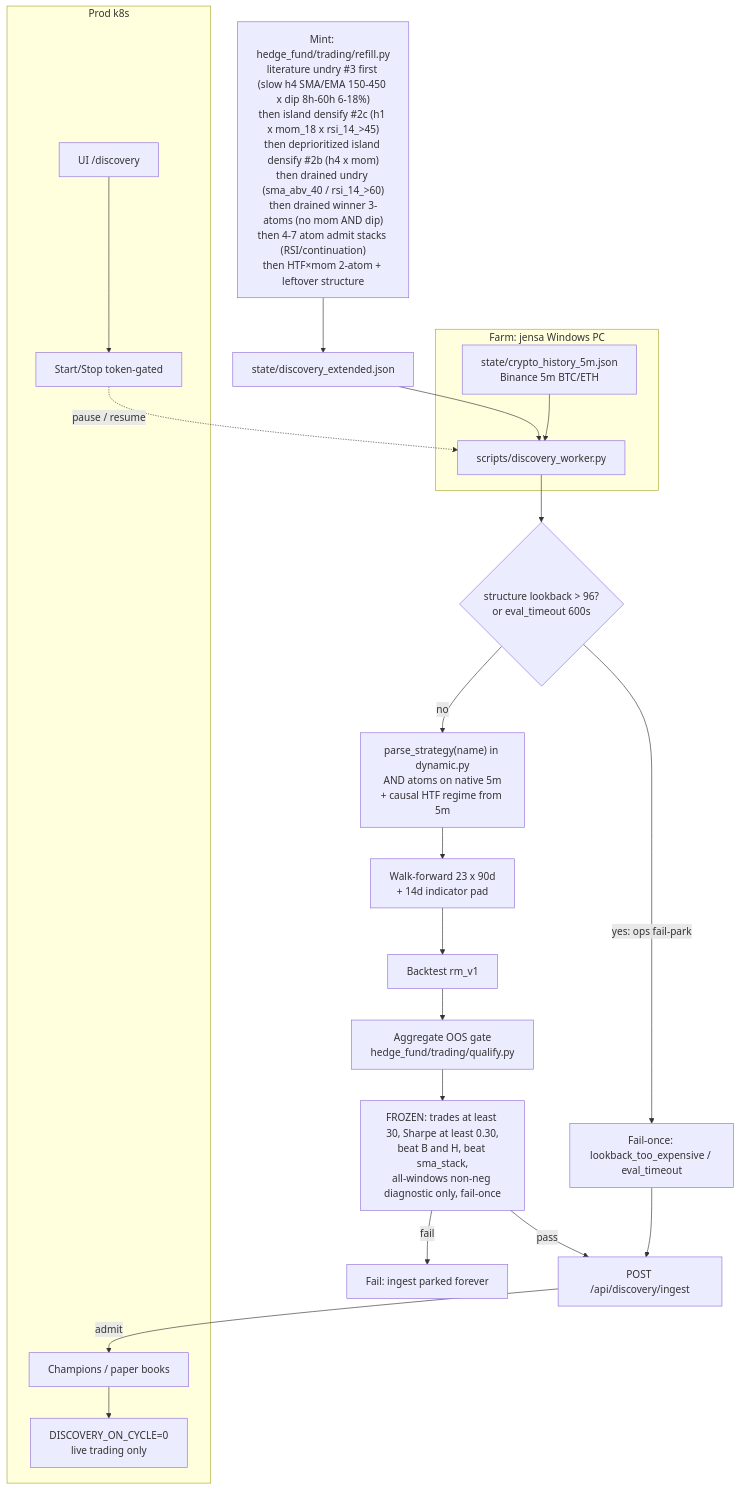
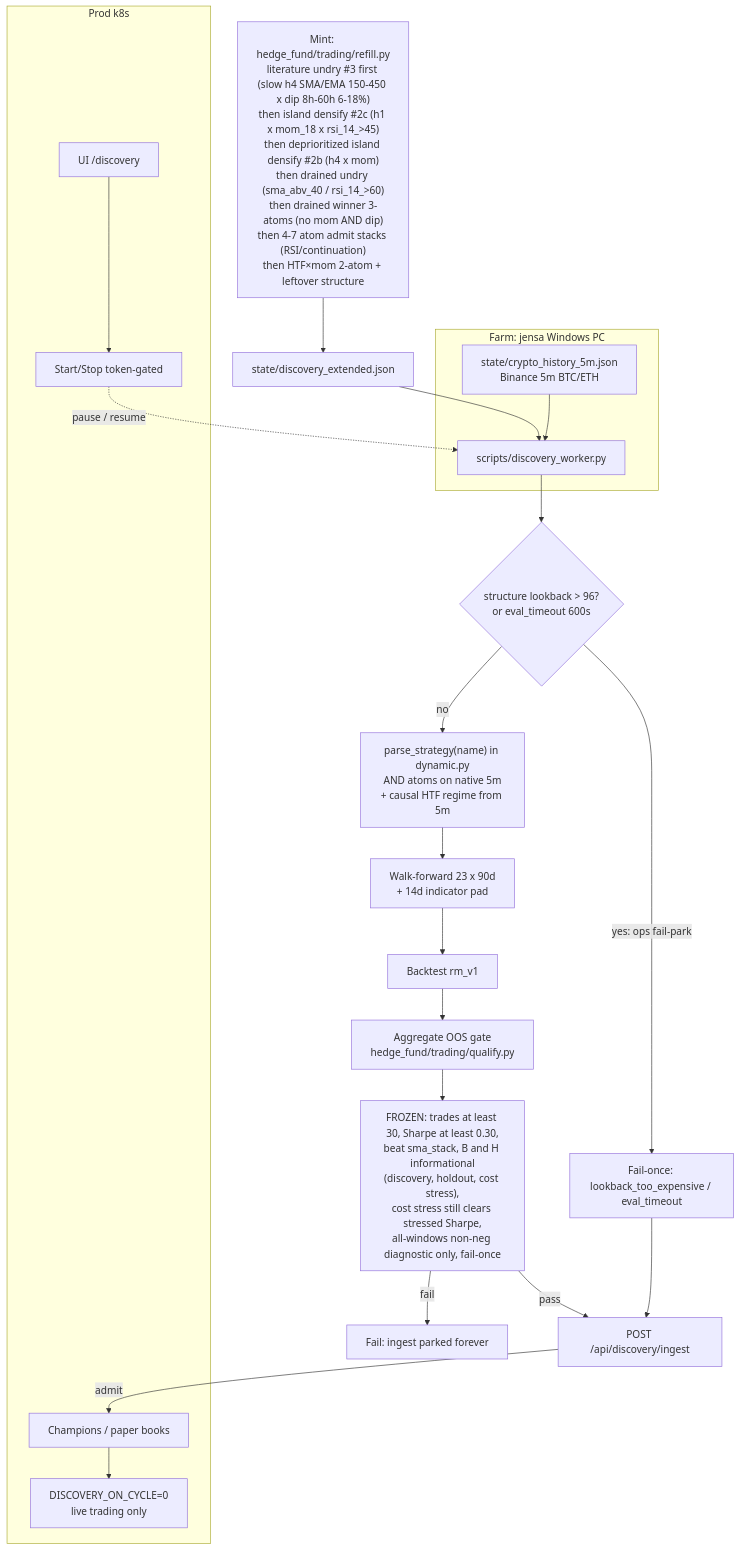
Before and after one commit to Runemark7/paper-trading-bot: the first of 3 diagrams in docs/WORKFLOW.md, drawn with Mermaid. The commit also changed other lines of this file and 34 other files, not shown here.

First line of the commit message:
Gate v5: discovery buy-and-hold is informational (#96)

````diff
--- a/docs/WORKFLOW.md
+++ b/docs/WORKFLOW.md
@@ -58,42 +60,42 @@
 ```mermaid
 flowchart TB
   recipe["Mint: hedge_fund/trading/refill.py\nliterature undry #3 first (slow h4 SMA/EMA 150-450 x dip 8h-60h 6-18%)\nthen island densify #2c (h1 x mom_18 x rsi_14_>45)\nthen deprioritized island densify #2b (h4 x mom)\nthen drained undry (sma_abv_40 / rsi_14_>60)\nthen drained winner 3-atoms (no mom AND dip)\nthen 4-7 atom admit stacks (RSI/continuation)\nthen HTF×mom 2-atom + leftover structure"]
   ext["state/discovery_extended.json"]
   recipe --> ext
 
   subgraph farm [Farm: jensa Windows PC]
     worker["scripts/discovery_worker.py"]
     hist["state/crypto_history_5m.json\nBinance 5m BTC/ETH"]
   end
   ext --> worker
   hist --> worker
 
   guard{"structure lookback > 96?\nor eval_timeout 600s"}
   parse["parse_strategy(name) in dynamic.py\nAND atoms on native 5m\n+ causal HTF regime from 5m"]
   wf["Walk-forward 23 x 90d\n+ 14d indicator pad"]
   bt["Backtest rm_v1"]
   gate["Aggregate OOS gate\nhedge_fund/trading/qualify.py"]
   worker --> guard
   guard -->|"yes: ops fail-park"| parkOps["Fail-once: lookback_too_expensive / eval_timeout"]
   guard -->|no| parse --> wf --> bt --> gate
 
-  frozen["FROZEN: trades at least 30, Sharpe at least 0.30,\nbeat B and H, beat sma_stack,\nall-windows non-neg diagnostic only, fail-once"]
+  frozen["FROZEN: trades at least 30, Sharpe at least 0.30,\nbeat sma_stack, B and H informational\n(discovery, holdout, cost stress),\ncost stress still clears stressed Sharpe,\nall-windows non-neg diagnostic only, fail-once"]
   gate --> frozen
 
   ingest["POST /api/discovery/ingest"]
   park["Fail: ingest parked forever"]
   frozen -->|"pass"| ingest
   frozen -->|"fail"| park
   parkOps --> ingest
 
   subgraph prod [Prod k8s]
     champs["Champions / paper books"]
     live["DISCOVERY_ON_CYCLE=0\nlive trading only"]
     ui["UI /discovery"]
     ctl["Start/Stop token-gated"]
   end
   ingest -->|"admit"| champs
   champs --> live
   ui --> ctl
   ctl -.->|"pause / resume"| worker
 ```
````
